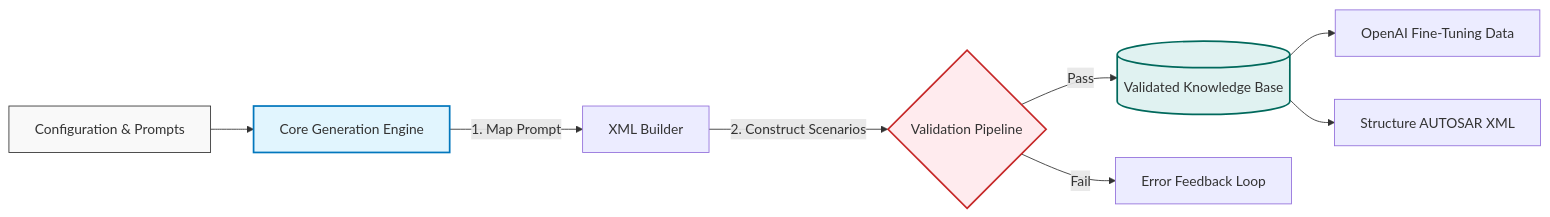
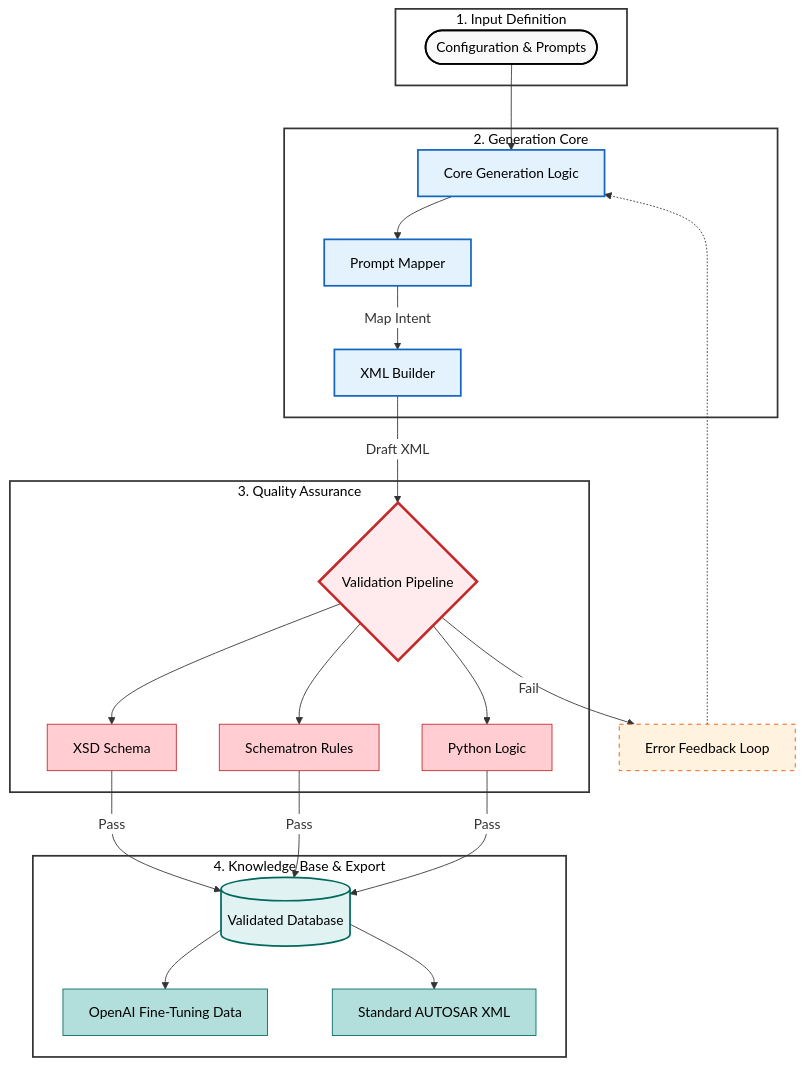
The diagram in README.md (Gaserzaghloul/Siemens-AE-Data-Ecosystem), drawn with Mermaid before and after one commit. The commit also changed other lines of this file, not shown here.

````diff
--- a/README.md
+++ b/README.md
@@ -28,17 +28,64 @@
 ```mermaid
-graph LR
-    Input[Configuration & Prompts] --> Engine[Core Generation Engine]
-    Engine --> |1. Map Prompt| Builder[XML Builder]
-    Builder --> |2. Construct Scenarios| Validator{Validation Pipeline}
+%%{init: {'theme': 'base', 'themeVariables': { 'mainBkg': '#ffffff', 'background': '#ffffff', 'primaryColor': '#ffffff', 'edgeLabelBackground': '#ffffff', 'clusterBkg': '#ffffff', 'clusterBorder': '#333333', 'textColor': '#000000', 'lineColor': '#333333' }}}%%
+graph TD
+    subgraph Input_Phase [1. Input Definition]
+        Input([Configuration & Prompts])
+    end
+
+    subgraph Core_Engine [2. Generation Core]
+        Engine[Core Generation Logic]
+        Builder[XML Builder]
+        Map[Prompt Mapper]
+        
+        Input --> Engine
+        Engine --> Map
+        Map -->|Map Intent| Builder
+    end
+
+    subgraph Validation_Phase [3. Quality Assurance]
+        Validator{Validation Pipeline}
+        
+        Rule1[XSD Schema]
+        Rule2[Schematron Rules]
+        Rule3[Python Logic]
+        
+        Builder -->|Draft XML| Validator
+        Validator --> Rule1
+        Validator --> Rule2
+        Validator --> Rule3
+    end
+
+    subgraph Output_Phase [4. Knowledge Base & Export]
+        Storage[(Validated Database)]
+        Output1[OpenAI Fine-Tuning Data]
+        Output2[Standard AUTOSAR XML]
+        
+        Rule1 & Rule2 & Rule3 -->|Pass| Storage
+        Storage --> Output1
+        Storage --> Output2
+    end
     
-    Validator -- Pass --> Storage[(Validated Knowledge Base)]
-    Validator -- Fail --> feedback[Error Feedback Loop]
+    Validator -- Fail --> Feedback[Error Feedback Loop]
+    Feedback -.-> Engine
+
+    %% Styling for White Background & High Contrast
+    style Input_Phase fill:#ffffff,stroke:#333,stroke-width:2px
+    style Core_Engine fill:#ffffff,stroke:#333,stroke-width:2px
+    style Validation_Phase fill:#ffffff,stroke:#333,stroke-width:2px
+    style Output_Phase fill:#ffffff,stroke:#333,stroke-width:2px
+
+    style Input fill:#f9f9f9,stroke:#000,stroke-width:2px,color:#000
+    style Engine fill:#e3f2fd,stroke:#1565c0,stroke-width:2px,color:#000
+    style Builder fill:#e3f2fd,stroke:#1565c0,stroke-width:2px,color:#000
+    style Map fill:#e3f2fd,stroke:#1565c0,stroke-width:2px,color:#000
     
-    Storage --> Output1[OpenAI Fine-Tuning Data]
-    Storage --> Output2[Structure AUTOSAR XML]
-
-    style Input fill:#f9f9f9,stroke:#333,stroke-width:1px
-    style Engine fill:#e1f5fe,stroke:#0277bd,stroke-width:2px
-    style Validator fill:#ffebee,stroke:#c62828,stroke-width:2px
-    style Storage fill:#e0f2f1,stroke:#00695c,stroke-width:2px
+    style Validator fill:#ffebee,stroke:#c62828,stroke-width:3px,color:#000
+    style Rule1 fill:#ffcdd2,stroke:#c62828,color:#000
+    style Rule2 fill:#ffcdd2,stroke:#c62828,color:#000
+    style Rule3 fill:#ffcdd2,stroke:#c62828,color:#000
+    
+    style Storage fill:#e0f2f1,stroke:#00695c,stroke-width:2px,color:#000
+    style Output1 fill:#b2dfdb,stroke:#00695c,color:#000
+    style Output2 fill:#b2dfdb,stroke:#00695c,color:#000
+    style Feedback fill:#fff3e0,stroke:#e65100,stroke-dasharray: 5 5,color:#000
 ```
````
